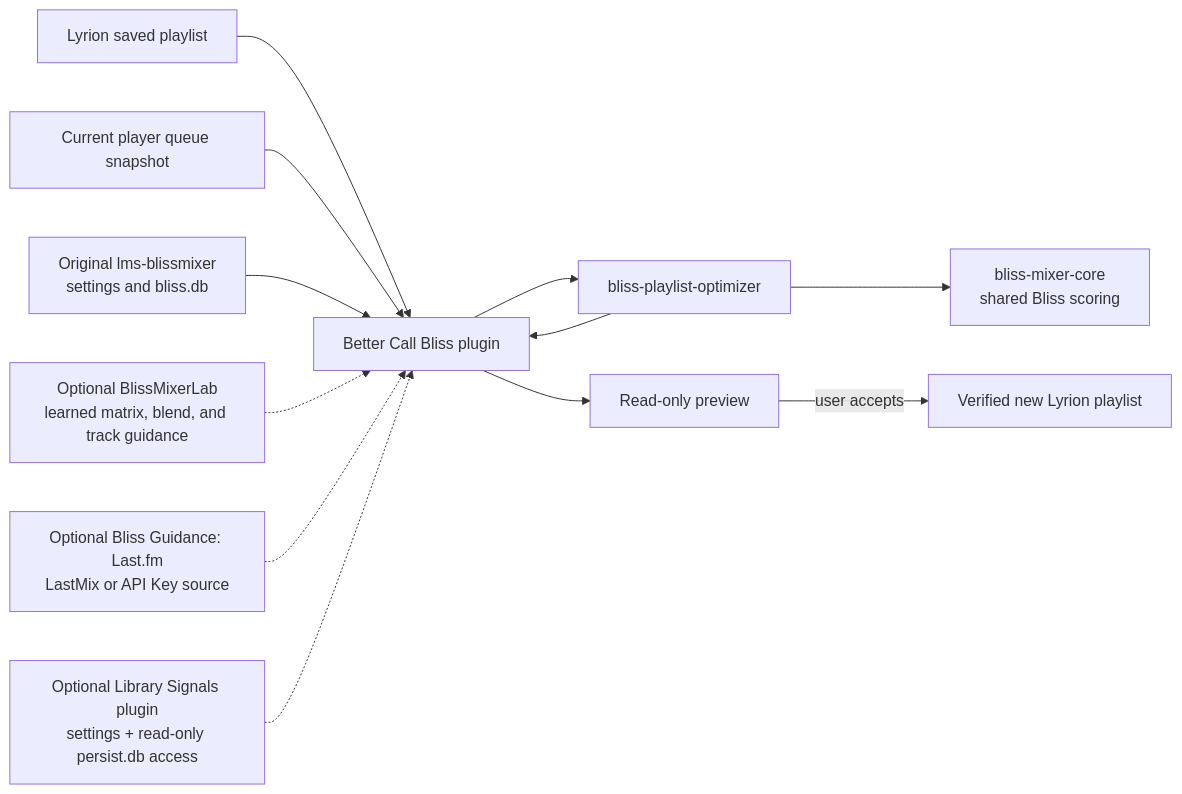
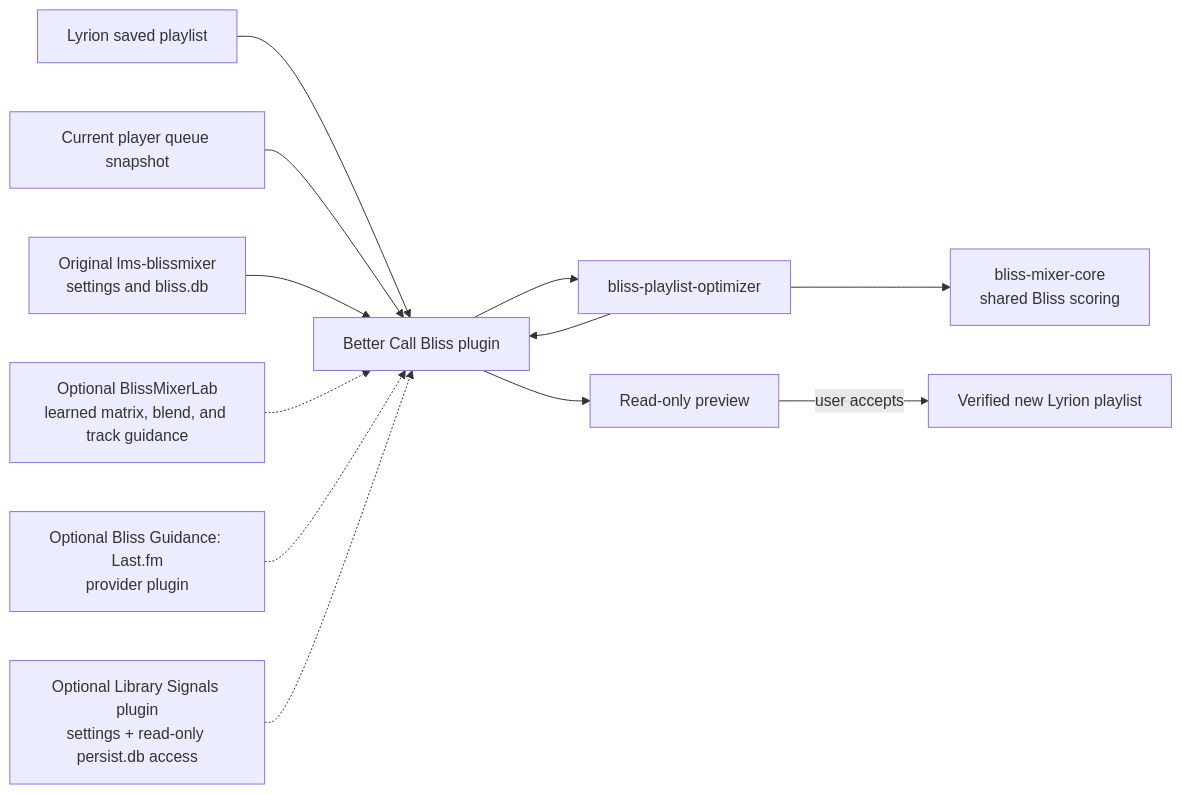
One commit to chrober/lms-better-call-bliss changed the diagram in README.md. Above: the diagram before and after it, drawn with Mermaid. The commit also changed other lines of this file, not shown here.

Commit message:
docs: keep provider ownership boundaries clear

```diff
--- a/README.md
+++ b/README.md
@@ -203,14 +185,14 @@
 ~~~mermaid
 flowchart LR
     LMS["Lyrion saved playlist"] --> P["Better Call Bliss plugin"]
     Q["Current player queue snapshot"] --> P
     BM["Original lms-blissmixer<br/>settings and bliss.db"] --> P
     BME["Optional BlissMixerLab<br/>learned matrix, blend, and track guidance"] -.-> P
-    LF["Optional Bliss Guidance: Last.fm<br/>LastMix or API Key source"] -.-> P
+    LF["Optional Bliss Guidance: Last.fm<br/>provider plugin"] -.-> P
     LS["Optional Library Signals plugin<br/>settings + read-only persist.db access"] -.-> P
     P --> O["bliss-playlist-optimizer"]
     O --> C["bliss-mixer-core<br/>shared Bliss scoring"]
     O --> P
     P --> V["Read-only preview"]
     V -->|"user accepts"| N["Verified new Lyrion playlist"]
 ~~~
```
